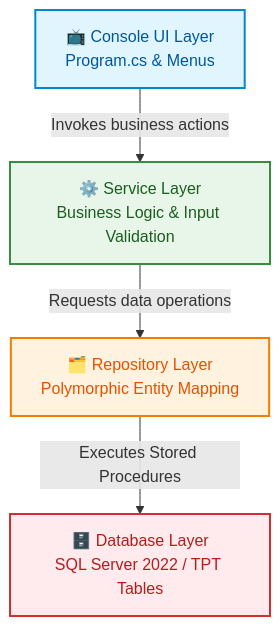
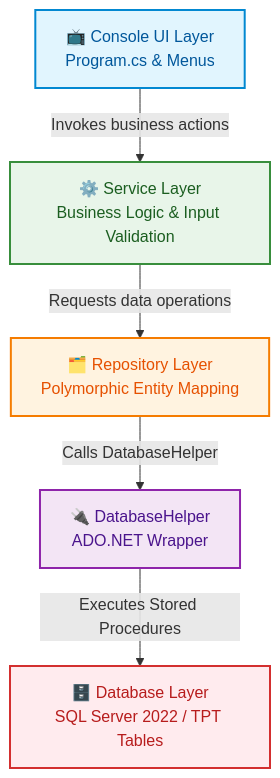
Before and after one commit to ritesh8308/EnterprisePayrollSystem: the first of 2 diagrams in README.md, drawn with Mermaid. The commit also changed other lines of this file, not shown here.

Commit message:
Updated progress till DataBaseHelper for DB and C# connectivity

````diff
--- a/README.md
+++ b/README.md
@@ -64,11 +67,13 @@
 ```mermaid
 graph TD
     UI[📺 Console UI Layer<br/>Program.cs & Menus] -->|Invokes business actions| Service[⚙️ Service Layer<br/>Business Logic & Input Validation]
     Service -->|Requests data operations| Repo[🗂️ Repository Layer<br/>Polymorphic Entity Mapping]
-    Repo -->|Executes Stored Procedures| DB[🗄️ Database Layer<br/>SQL Server 2022 / TPT Tables]
+    Repo -->|Calls DatabaseHelper| Helper[🔌 DatabaseHelper<br/>ADO.NET Wrapper]
+    Helper -->|Executes Stored Procedures| DB[🗄️ Database Layer<br/>SQL Server 2022 / TPT Tables]
 
     style UI fill:#e1f5fe,stroke:#0288d1,stroke-width:2px,color:#01579b
     style Service fill:#e8f5e9,stroke:#388e3c,stroke-width:2px,color:#1b5e20
     style Repo fill:#fff3e0,stroke:#f57c00,stroke-width:2px,color:#e65100
+    style Helper fill:#f3e5f5,stroke:#8e24aa,stroke-width:2px,color:#4a148c
     style DB fill:#ffebee,stroke:#d32f2f,stroke-width:2px,color:#b71c1c
 ```
````
